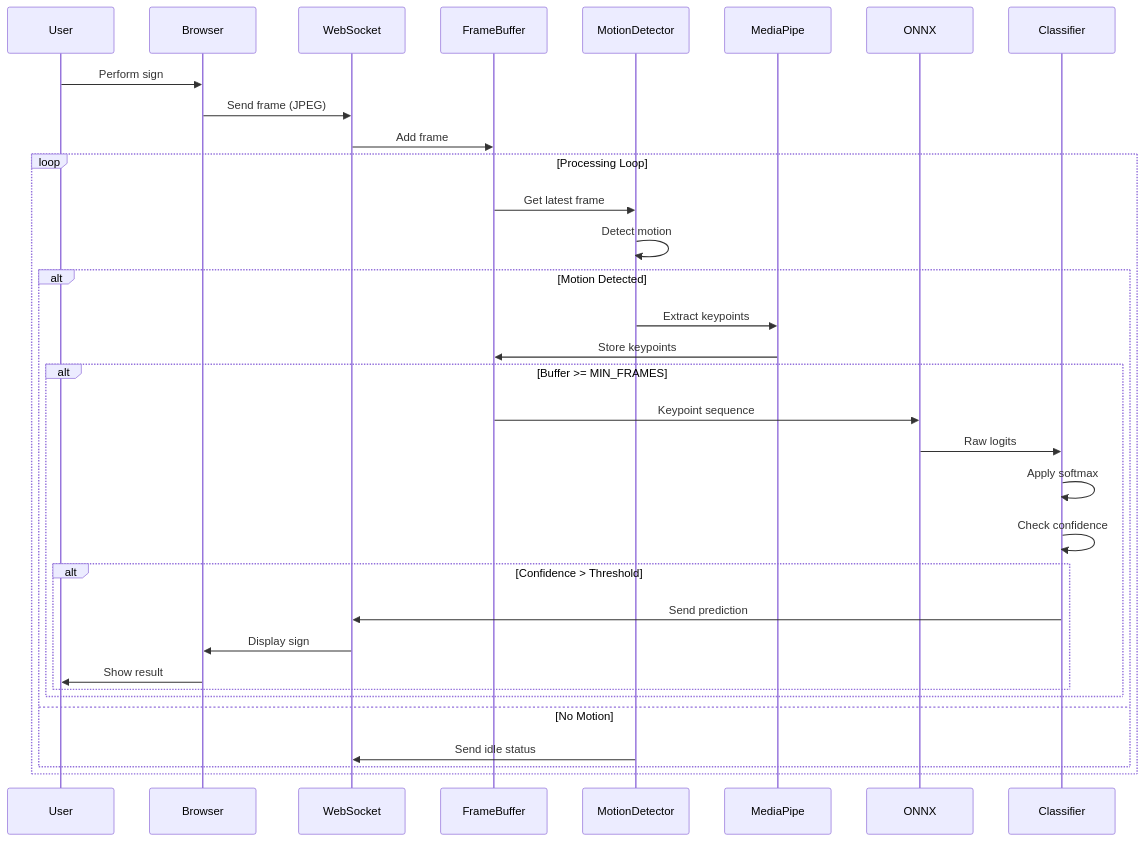
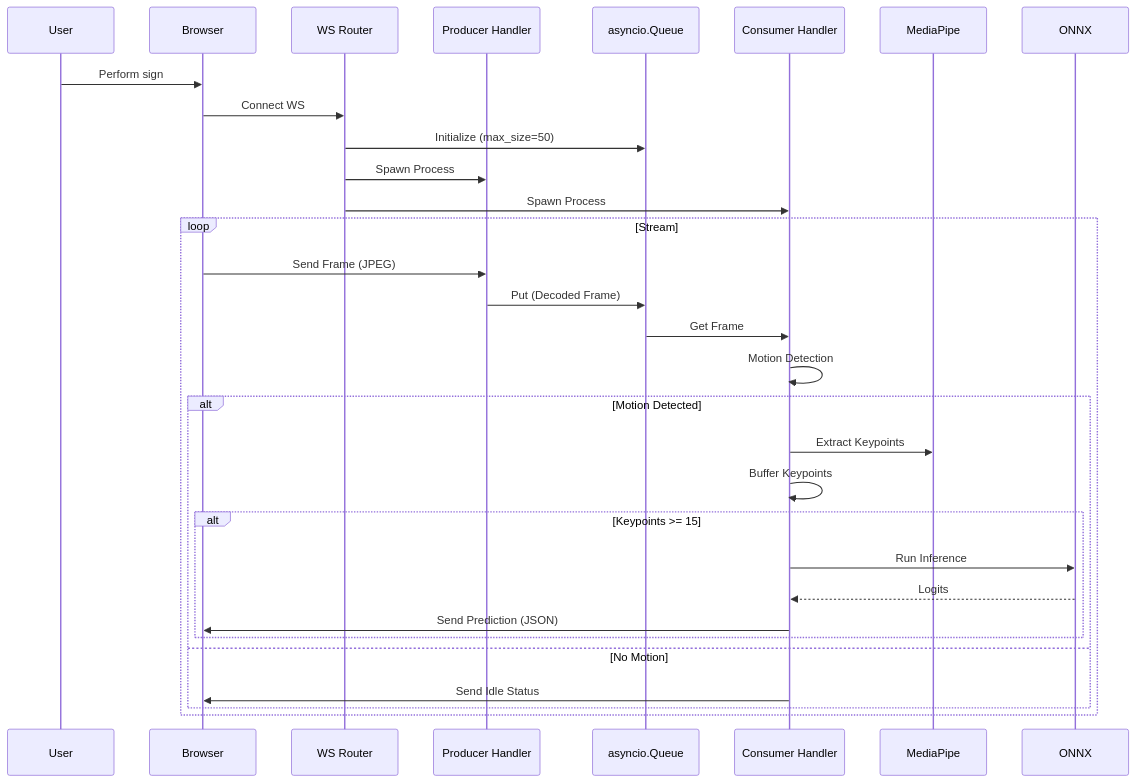
One commit to yousefelkilany/Word-level-Arabic-Sign-language changed the second of 4 diagrams in docs/architecture_overview.md. Above: the diagram before and after it, drawn with Mermaid. The commit also changed other lines of this file and 30 other files, not shown here.

````diff
--- a/docs/architecture_overview.md
+++ b/docs/architecture_overview.md
@@ -189,40 +190,38 @@
 ```mermaid
 sequenceDiagram
     participant User
     participant Browser
-    participant WebSocket
-    participant FrameBuffer
-    participant MotionDetector
+    participant WebSocket as WS Router
+    participant Producer as Producer Handler
+    participant Queue as asyncio.Queue
+    participant Consumer as Consumer Handler
     participant MediaPipe
     participant ONNX
-    participant Classifier
     
     User->>Browser: Perform sign
-    Browser->>WebSocket: Send frame (JPEG)
-    WebSocket->>FrameBuffer: Add frame
+    Browser->>WebSocket: Connect WS
+    WebSocket->>Queue: Initialize (max_size=50)
+    WebSocket->>Producer: Spawn Process
+    WebSocket->>Consumer: Spawn Process
     
-    loop Processing Loop
-        FrameBuffer->>MotionDetector: Get latest frame
-        MotionDetector->>MotionDetector: Detect motion
+    loop Stream
+        Browser->>Producer: Send Frame (JPEG)
+        Producer->>Queue: Put (Decoded Frame)
+        
+        Queue->>Consumer: Get Frame
+        Consumer->>Consumer: Motion Detection
         
         alt Motion Detected
-            MotionDetector->>MediaPipe: Extract keypoints
-            MediaPipe->>FrameBuffer: Store keypoints
+            Consumer->>MediaPipe: Extract Keypoints
+            Consumer->>Consumer: Buffer Keypoints
             
-            alt Buffer >= MIN_FRAMES
-                FrameBuffer->>ONNX: Keypoint sequence
-                ONNX->>Classifier: Raw logits
-                Classifier->>Classifier: Apply softmax
-                Classifier->>Classifier: Check confidence
-                
-                alt Confidence > Threshold
-                    Classifier->>WebSocket: Send prediction
-                    WebSocket->>Browser: Display sign
-                    Browser->>User: Show result
-                end
+            alt Keypoints >= 15
+                Consumer->>ONNX: Run Inference
+                ONNX-->>Consumer: Logits
+                Consumer->>Browser: Send Prediction (JSON)
             end
         else No Motion
-            MotionDetector->>WebSocket: Send idle status
+            Consumer->>Browser: Send Idle Status
         end
     end
 ```
````
